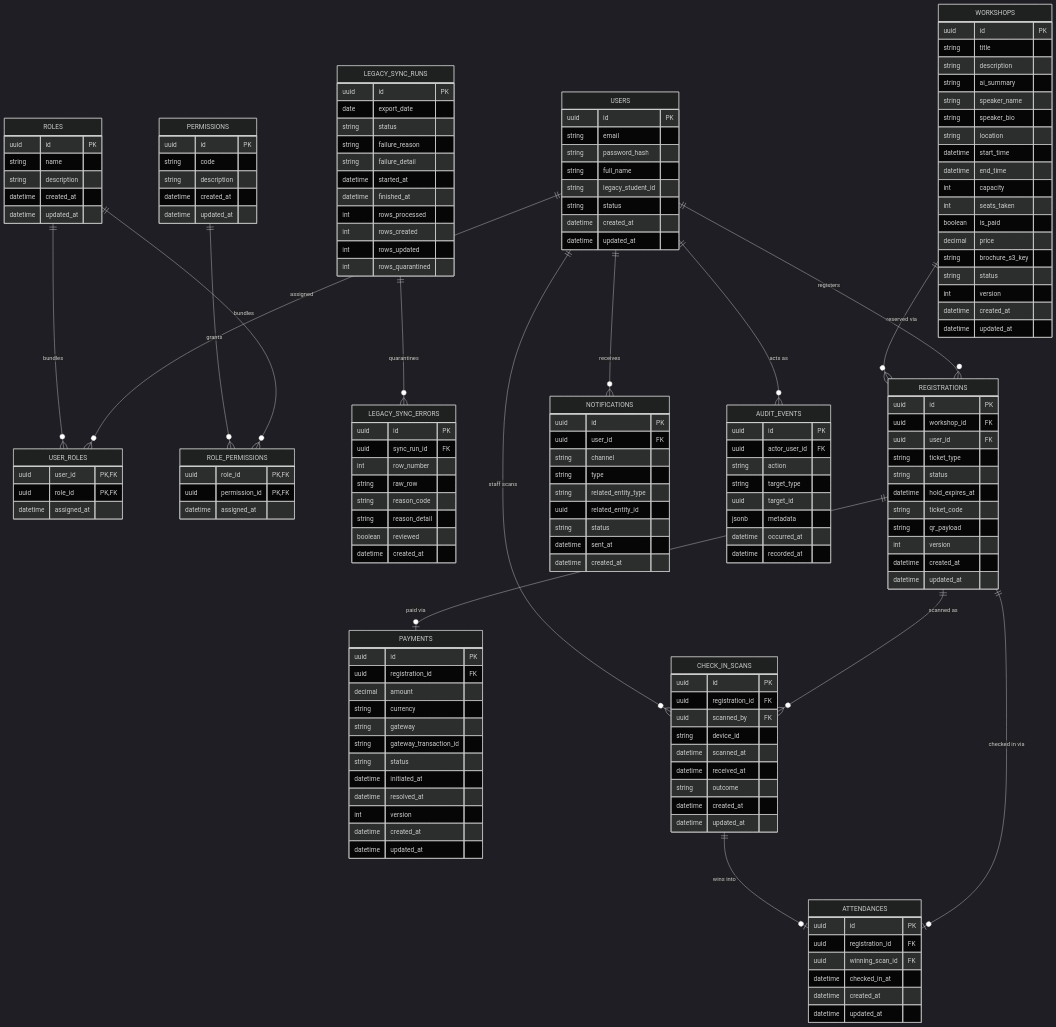
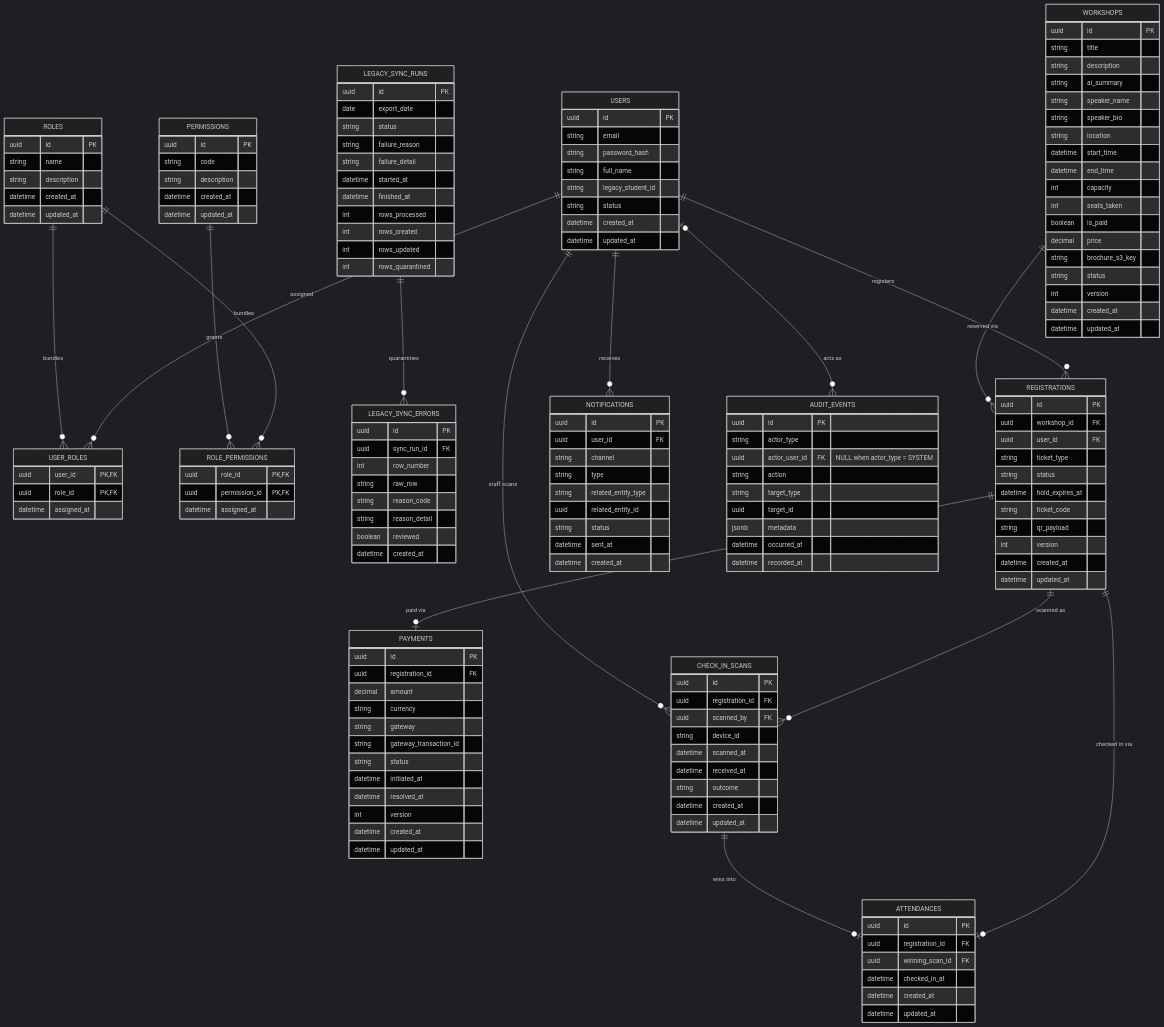
Before and after one commit to tiennt220805/UniHub: the diagram in docs/technical-design/platform/database-schema.md, drawn with Mermaid (dark theme). The commit also changed other lines of this file and 13 other files, not shown here.

````diff
--- a/docs/technical-design/platform/database-schema.md
+++ b/docs/technical-design/platform/database-schema.md
@@ -534,7 +541,8 @@
 
     AUDIT_EVENTS {
         uuid id PK
-        uuid actor_user_id FK
+        string actor_type
+        uuid actor_user_id FK "NULL when actor_type = SYSTEM"
         string action
         string target_type
         uuid target_id
@@ -561,5 +569,5 @@
     CHECK_IN_SCANS ||--o| ATTENDANCES : "wins into"
     USERS ||--o{ CHECK_IN_SCANS : "staff scans"
     USERS ||--o{ NOTIFICATIONS : receives
-    USERS ||--o{ AUDIT_EVENTS : "acts as"
+    USERS |o--o{ AUDIT_EVENTS : "acts as"
 ```
````
